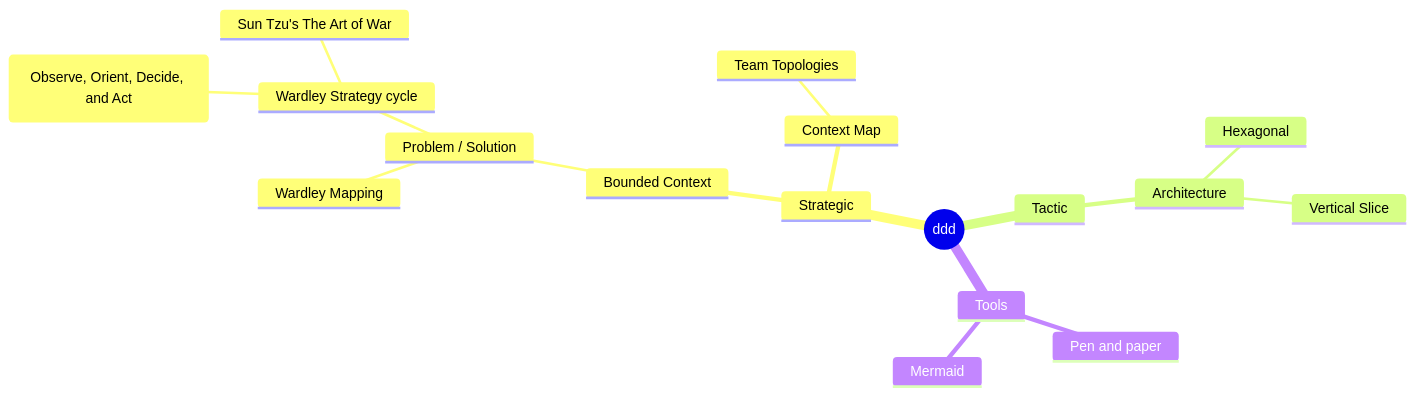
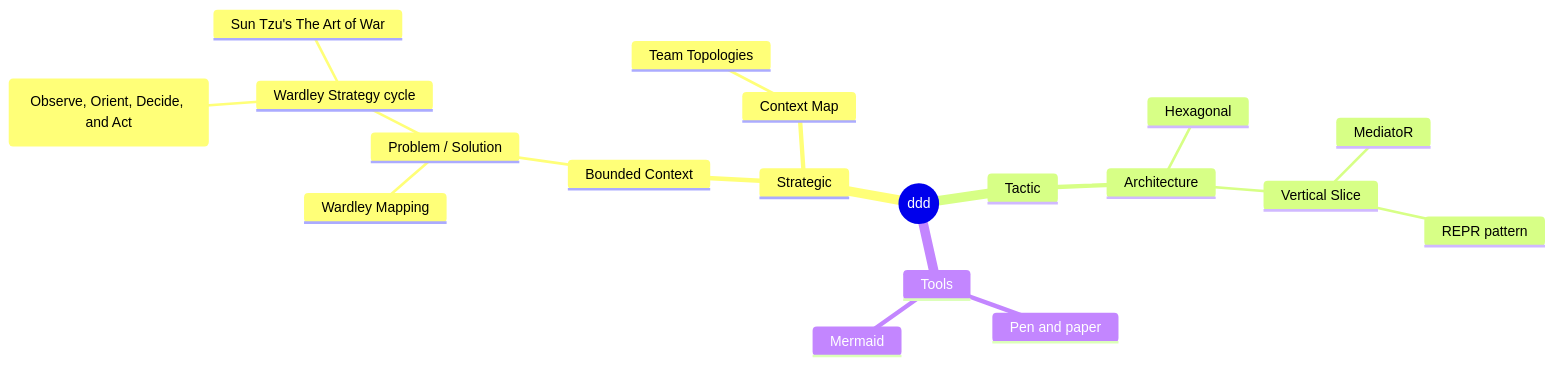
The diagram in minmap.md (tanguybernard/my-awsome-ddd), drawn with Mermaid before and after one commit.

````diff
--- a/minmap.md
+++ b/minmap.md
@@ -1,23 +1,25 @@
 ```mermaid
 mindmap
   root((ddd))
     Strategic
       Bounded Context
         Problem / Solution
           Wardley Mapping
           Wardley Strategy cycle
             John Boyd's OODA loop (Observe, Orient, Decide, and Act)
             Sun Tzu's The Art of War
       
       Context Map
         Team Topologies
     Tactic
       Architecture
         Hexagonal
         Vertical Slice
+          MediatoR
+          REPR pattern
         
     Tools
       Pen and paper
       Mermaid
  
 ```
````
